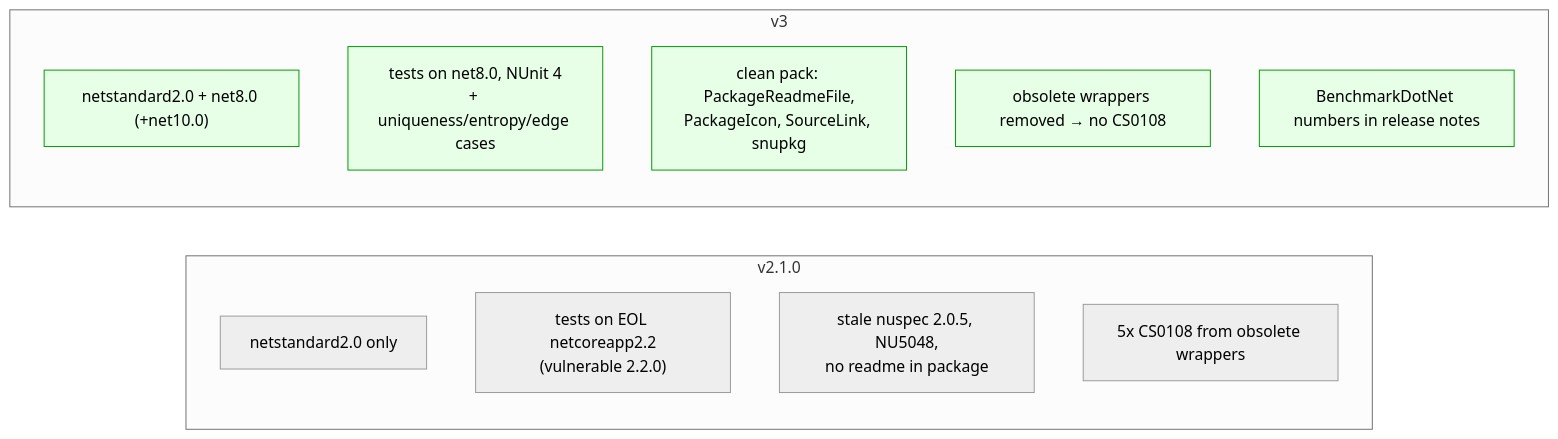
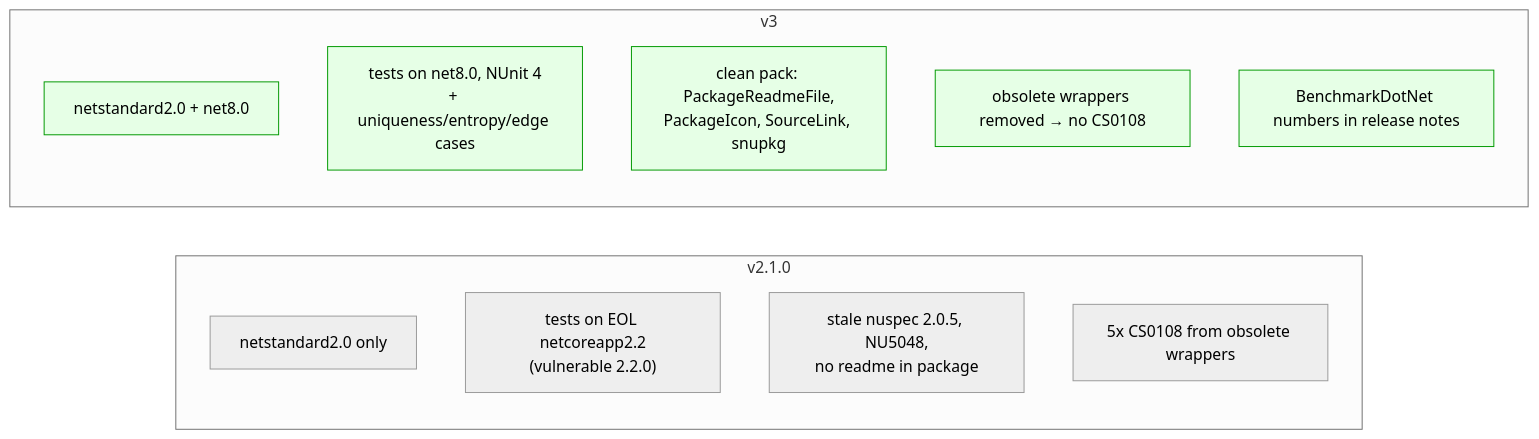
Before and after one commit to prjseal/PasswordGenerator: the fourth of 5 diagrams in docs/v3-target/before-after.md, drawn with Mermaid (neutral theme). The commit also changed other lines of this file and 7 other files, not shown here.

````diff
--- a/docs/v3-target/before-after.md
+++ b/docs/v3-target/before-after.md
@@ -79,18 +79,18 @@
 ```mermaid
 flowchart LR
     subgraph BeforeP["v2.1.0"]
         p1["netstandard2.0 only"]
         p2["tests on EOL netcoreapp2.2<br/>(vulnerable 2.2.0)"]
         p3["stale nuspec 2.0.5, NU5048,<br/>no readme in package"]
         p4["5x CS0108 from obsolete wrappers"]
     end
     subgraph AfterP["v3"]
-        q1["netstandard2.0 + net8.0 (+net10.0)"]
+        q1["netstandard2.0 + net8.0"]
         q2["tests on net8.0, NUnit 4<br/>+ uniqueness/entropy/edge cases"]
         q3["clean pack: PackageReadmeFile,<br/>PackageIcon, SourceLink, snupkg"]
         q4["obsolete wrappers removed → no CS0108"]
         q5["BenchmarkDotNet numbers in release notes"]
     end
     classDef good fill:#e6ffe6,stroke:#009900;
     class q1,q2,q3,q4,q5 good;
 ```
````
